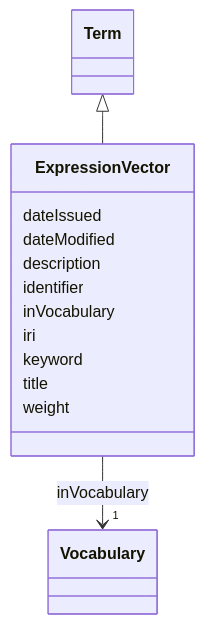
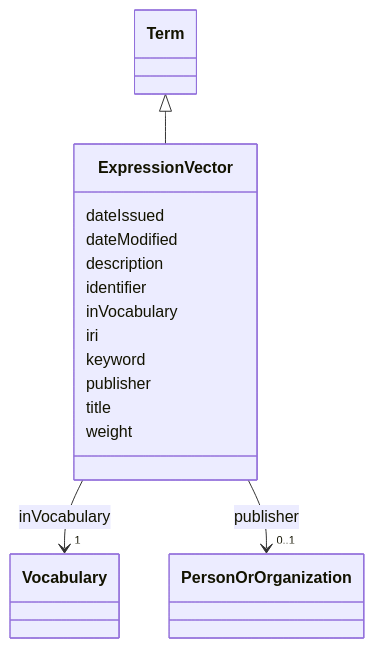
Before and after one commit to EVORA-project/evora-ontology: the diagram in models/docs/ExpressionVector.md, drawn with Mermaid. The commit also changed other lines of this file and 468 other files, not shown here.

````diff
--- a/models/docs/ExpressionVector.md
+++ b/models/docs/ExpressionVector.md
@@ -19,34 +19,43 @@
 ```mermaid
  classDiagram
     class ExpressionVector
     click ExpressionVector href "../ExpressionVector"
       Term <|-- ExpressionVector
         click Term href "../Term"
       
       ExpressionVector : dateIssued
         
       ExpressionVector : dateModified
         
       ExpressionVector : description
         
       ExpressionVector : identifier
         
       ExpressionVector : inVocabulary
         
           
     
     
     ExpressionVector --> "1" Vocabulary : inVocabulary
     click Vocabulary href "../Vocabulary"
 
         
       ExpressionVector : iri
         
       ExpressionVector : keyword
         
+      ExpressionVector : publisher
+        
+          
+    
+    
+    ExpressionVector --> "0..1" PersonOrOrganization : publisher
+    click PersonOrOrganization href "../PersonOrOrganization"
+
+        
       ExpressionVector : title
         
       ExpressionVector : weight
         
       
 ```
````
